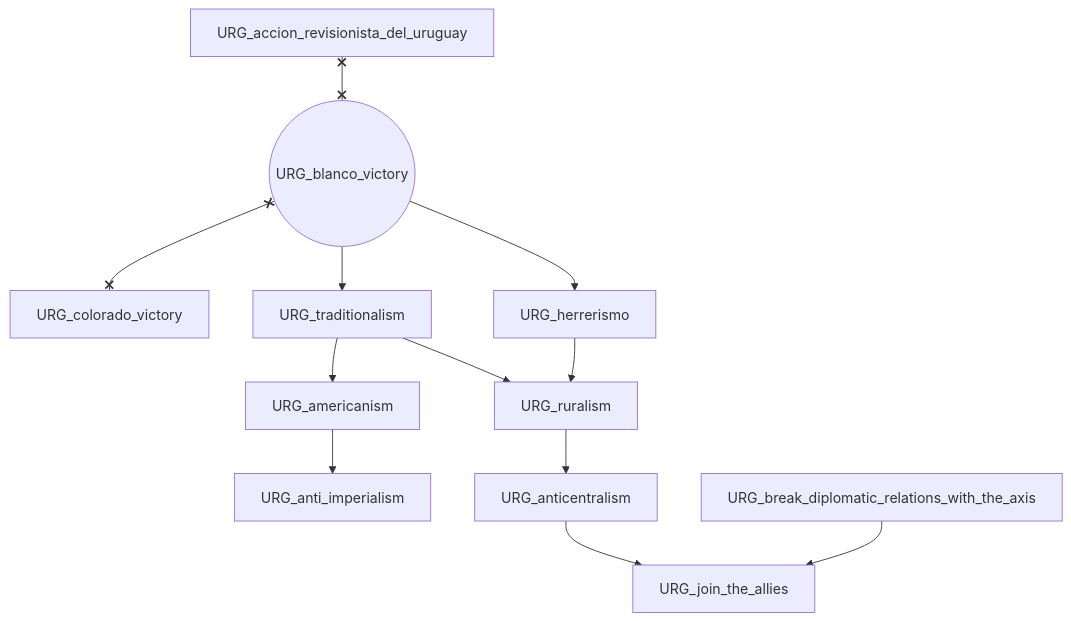
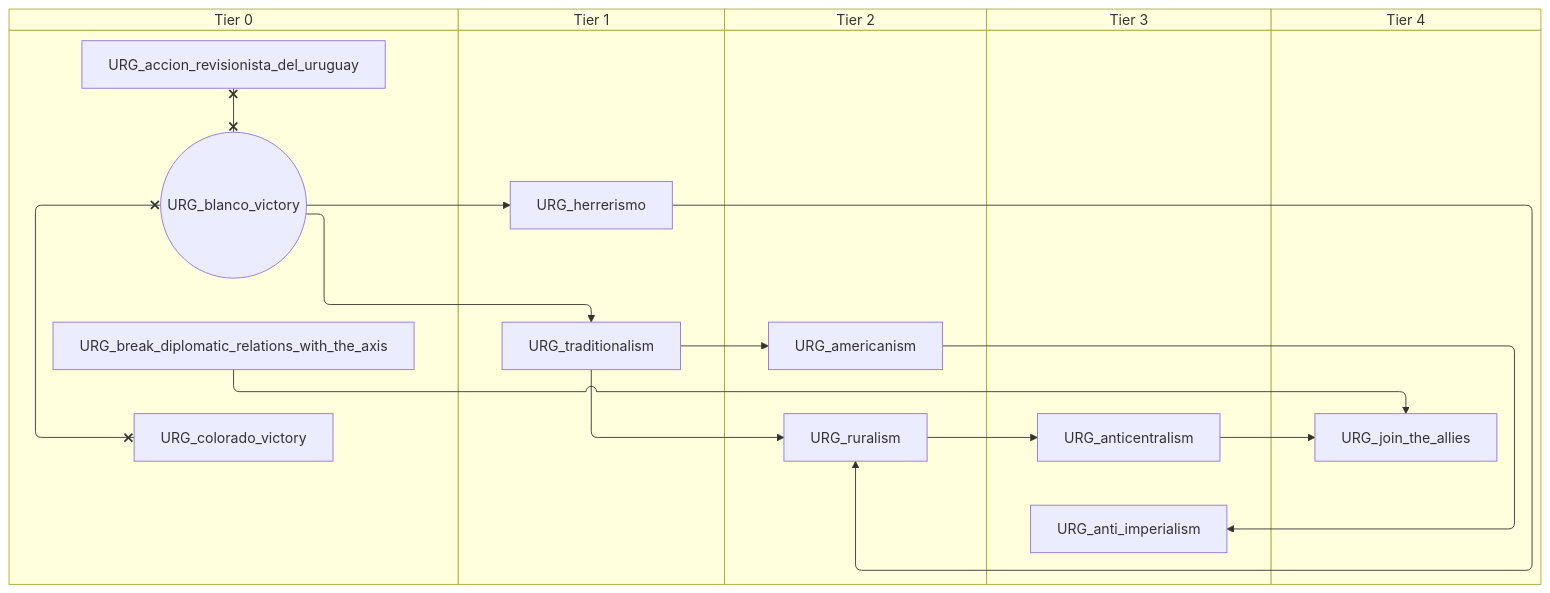
One commit to evgeny-sobol/hoi4-sandbox-mode changed the first of 3 diagrams in docs/gdd/National Focuses/uruguay.md. Above: the diagram before and after it, drawn with Mermaid. The commit also changed other lines of this file and 80 other files, not shown here.

First line of the commit message:
Add swimlane mode to focus graph exporter

````diff
--- a/docs/gdd/National Focuses/uruguay.md
+++ b/docs/gdd/National Focuses/uruguay.md
@@ -3,25 +3,35 @@
 ```mermaid
-flowchart TD
-    n1["URG_accion_revisionista_del_uruguay"]
-    n2["URG_americanism"]
-    n3["URG_anti_imperialism"]
-    n4["URG_anticentralism"]
-    n5(("URG_blanco_victory"))
-    n6["URG_break_diplomatic_relations_with_the_axis"]
-    n7["URG_colorado_victory"]
-    n8["URG_herrerismo"]
-    n9["URG_join_the_allies"]
-    n10["URG_ruralism"]
-    n11["URG_traditionalism"]
-    n11 --> n2
-    n2 --> n3
-    n10 --> n4
+swimlane-beta TD
+    subgraph tier_0["Tier 0"]
+        n1["URG_accion_revisionista_del_uruguay"]
+        n2(("URG_blanco_victory"))
+        n3["URG_break_diplomatic_relations_with_the_axis"]
+        n4["URG_colorado_victory"]
+    end
+    subgraph tier_1["Tier 1"]
+        n5["URG_herrerismo"]
+        n6["URG_traditionalism"]
+    end
+    subgraph tier_2["Tier 2"]
+        n7["URG_americanism"]
+        n8["URG_ruralism"]
+    end
+    subgraph tier_3["Tier 3"]
+        n9["URG_anti_imperialism"]
+        n10["URG_anticentralism"]
+    end
+    subgraph tier_4["Tier 4"]
+        n11["URG_join_the_allies"]
+    end
+    n6 --> n7
+    n7 --> n9
+    n8 --> n10
+    n2 --> n5
+    n3 --> n11
+    n10 --> n11
     n5 --> n8
-    n6 --> n9
-    n4 --> n9
-    n8 --> n10
-    n11 --> n10
-    n5 --> n11
-    n1 x--x n5
-    n5 x--x n7
+    n6 --> n8
+    n2 --> n6
+    n1 x--x n2
+    n2 x--x n4
 ```
````
